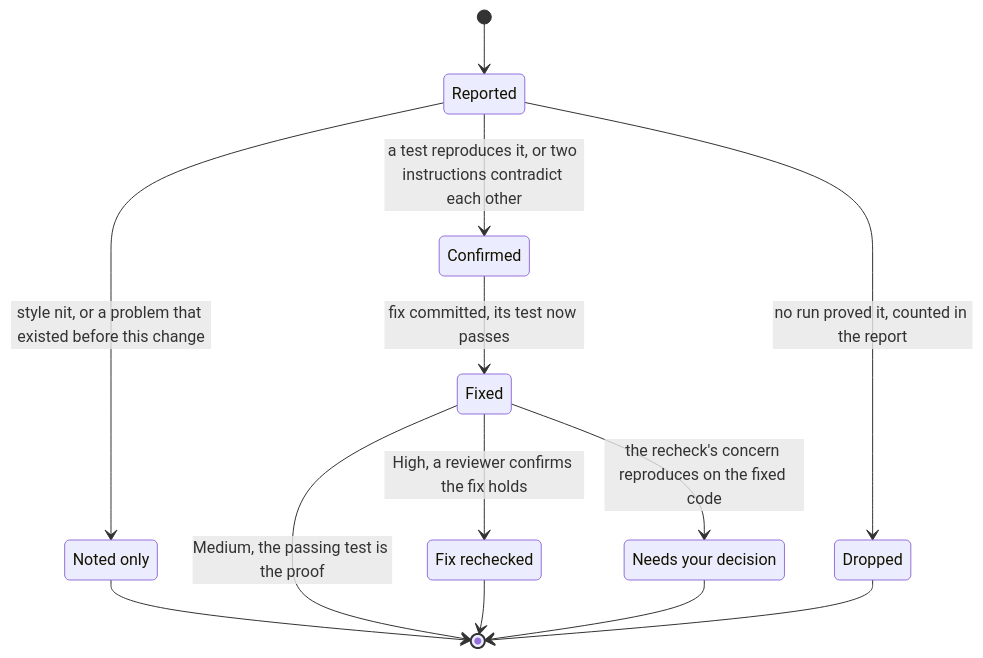
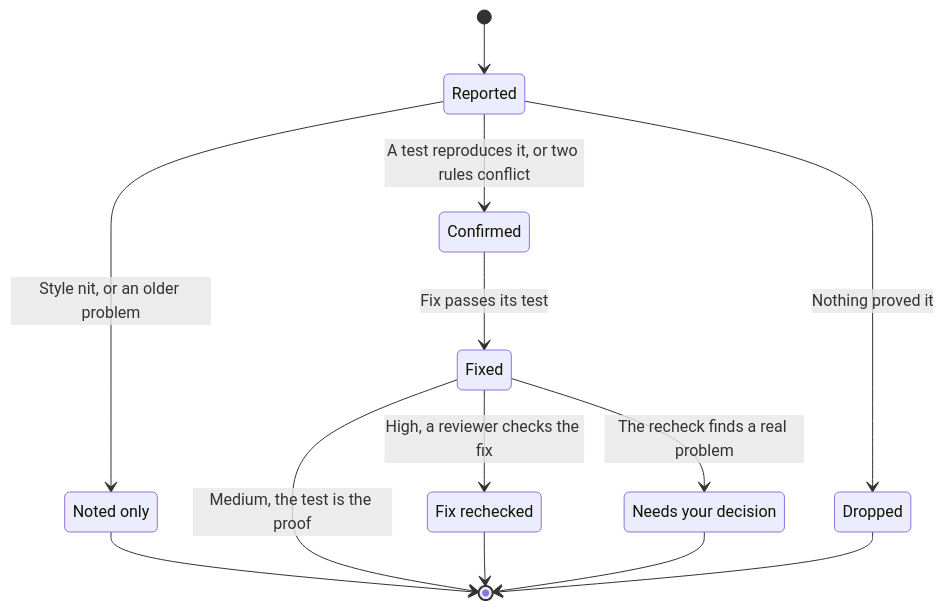
Before and after one commit to jvillegasd/harness: the second of 2 diagrams in docs/review.md, drawn with Mermaid. The commit also changed other lines of this file and 3 other files, not shown here.

First line of the commit message:
docs: shorten the Mermaid diagram labels (#182)

````diff
--- a/docs/review.md
+++ b/docs/review.md
@@ -66,23 +66,23 @@
 ```mermaid
 stateDiagram-v2
   state "Reported" as Reported
   state "Confirmed" as Confirmed
   state "Dropped" as Dropped
   state "Fixed" as Fixed
   state "Fix rechecked" as Rechecked
   state "Needs your decision" as Decision
   state "Noted only" as Advisory
 
   [*] --> Reported
-  Reported --> Advisory: style nit, or a problem that existed before this change
-  Reported --> Confirmed: a test reproduces it, or two instructions contradict each other
-  Reported --> Dropped: no run proved it, counted in the report
-  Confirmed --> Fixed: fix committed, its test now passes
-  Fixed --> [*]: Medium, the passing test is the proof
-  Fixed --> Rechecked: High, a reviewer confirms the fix holds
-  Fixed --> Decision: the recheck's concern reproduces on the fixed code
+  Reported --> Advisory: Style nit, or an older problem
+  Reported --> Confirmed: A test reproduces it, or two rules conflict
+  Reported --> Dropped: Nothing proved it
+  Confirmed --> Fixed: Fix passes its test
+  Fixed --> [*]: Medium, the test is the proof
+  Fixed --> Rechecked: High, a reviewer checks the fix
+  Fixed --> Decision: The recheck finds a real problem
   Rechecked --> [*]
   Dropped --> [*]
   Advisory --> [*]
   Decision --> [*]
 ```
````
